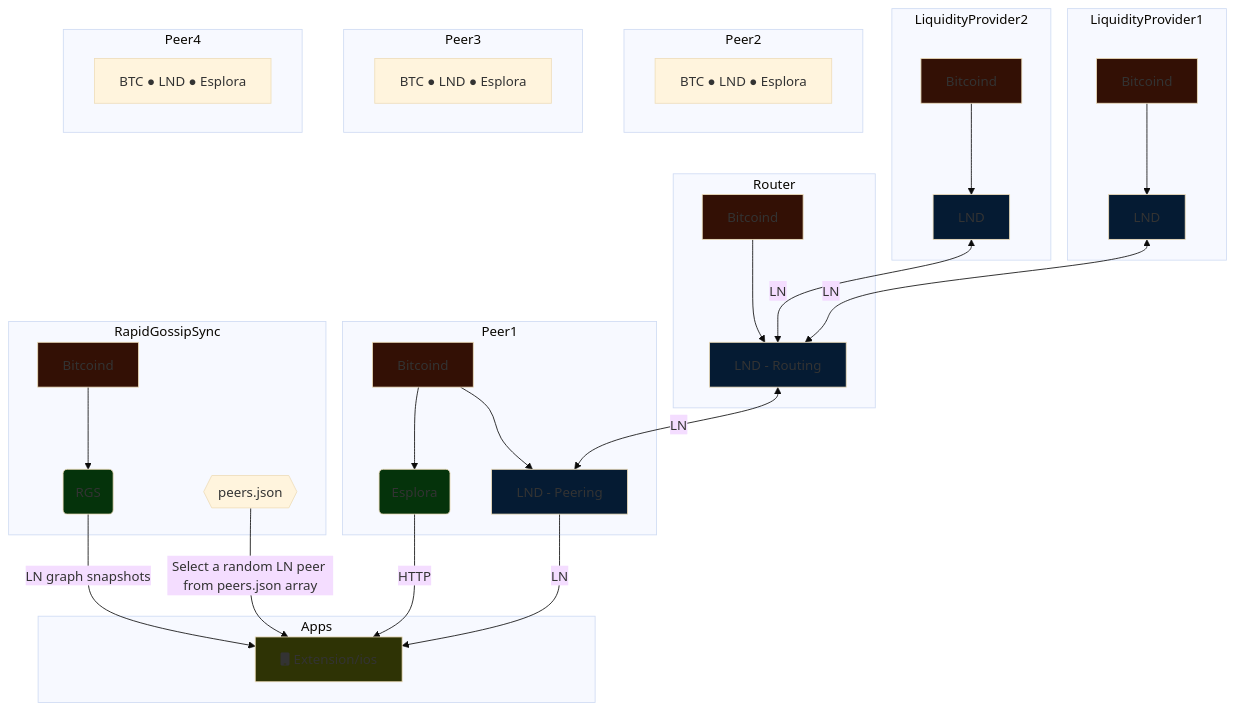
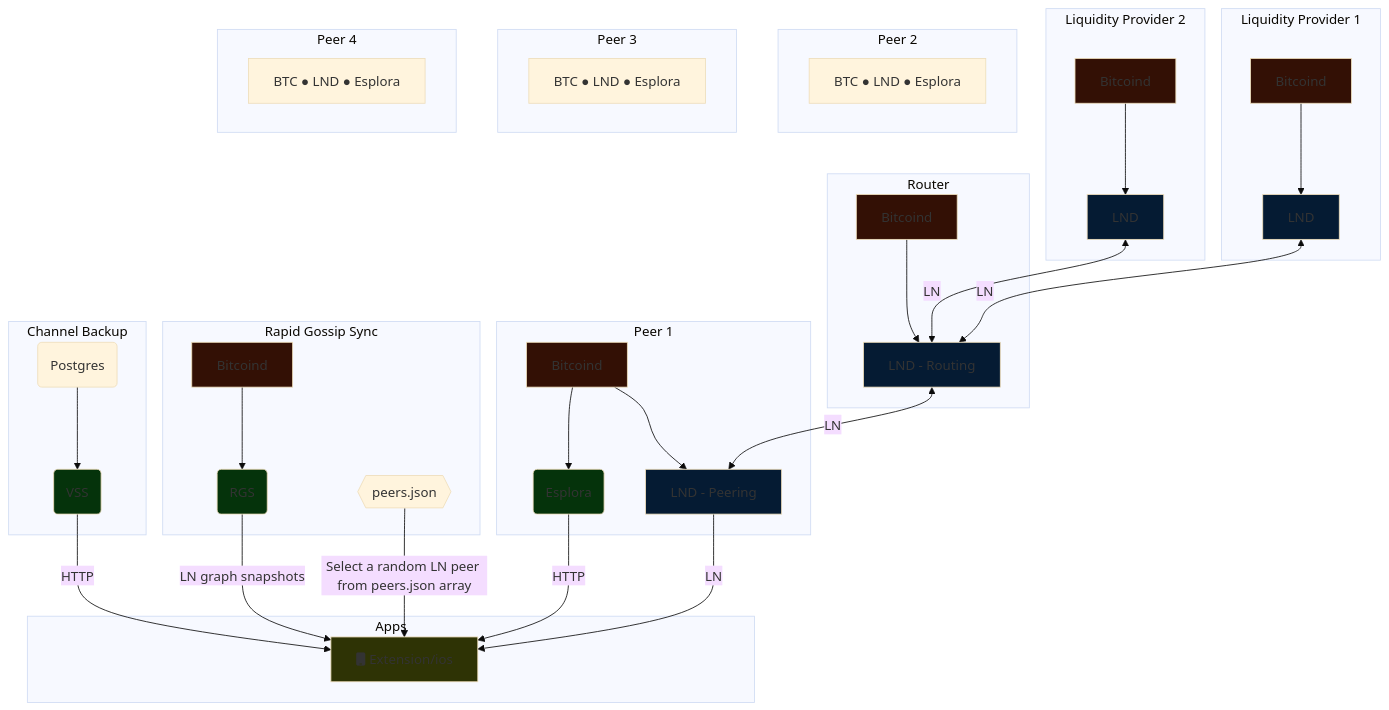
One commit to Portaldefi/mutiny-net changed the second of 2 diagrams in docs/infra.md. Above: the diagram before and after it, drawn with Mermaid (base theme).

````diff
--- a/docs/infra.md
+++ b/docs/infra.md
@@ -47,13 +47,13 @@
 ```mermaid
 flowchart TD
 
-    subgraph LiquidityProvider1
+    subgraph Liquidity Provider 1
         BtcLP1[Bitcoind]
         LND1LP1[LND]
         BtcLP1 --> LND1LP1
     end
 
-    subgraph LiquidityProvider2
+    subgraph Liquidity Provider 2
         BtcLP2[Bitcoind]
         LND1LP2[LND]
         BtcLP2 --> LND1LP2
@@ -68,7 +68,7 @@
         LND1LP2 <--> |LN| LNDRouter
     end
 
-    subgraph Peer1
+    subgraph Peer 1
         Btc2[Bitcoind]
         LNDPeer[LND - Peering]
         Esplora(Esplora)
@@ -77,11 +77,17 @@
         LNDRouter <--> |LN| LNDPeer
     end
 
-    subgraph RapidGossipSync
+    subgraph Rapid Gossip Sync
         Btc3[Bitcoind]
         RGS(RGS)
         Peers{{peers.json}}
         Btc3 --> RGS
+    end
+
+    subgraph Channel Backup
+        VSS(VSS)
+        Postgres(Postgres)
+        Postgres --> VSS
     end
 
     subgraph Apps
@@ -91,15 +97,16 @@
         LNDPeer --> |LN| App
         Esplora --> |HTTP| App
         RGS --> |LN graph snapshots| App
+        VSS --> |HTTP| App
     end
 
-    subgraph Peer2
+    subgraph Peer 2
         B2[BTC ● LND ● Esplora]
     end
-    subgraph Peer3
+    subgraph Peer 3
         B3[BTC ● LND ● Esplora]
     end
-    subgraph Peer4
+    subgraph Peer 4
         B4[BTC ● LND ● Esplora]
     end
 
@@ -119,6 +126,7 @@
 classDef rgs fill:#05330b
 class Esplora rgs
 class RGS rgs
+class VSS rgs
 
 classDef app fill:#2e3305
 class App app
````
